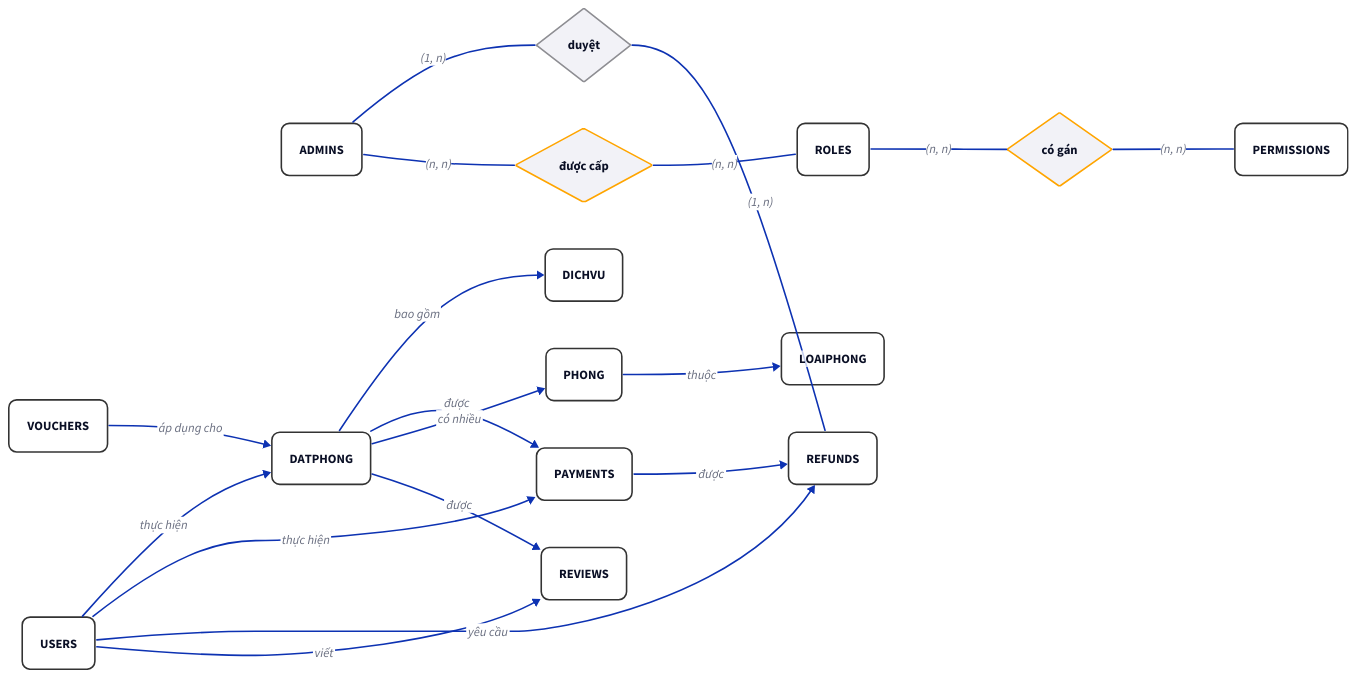
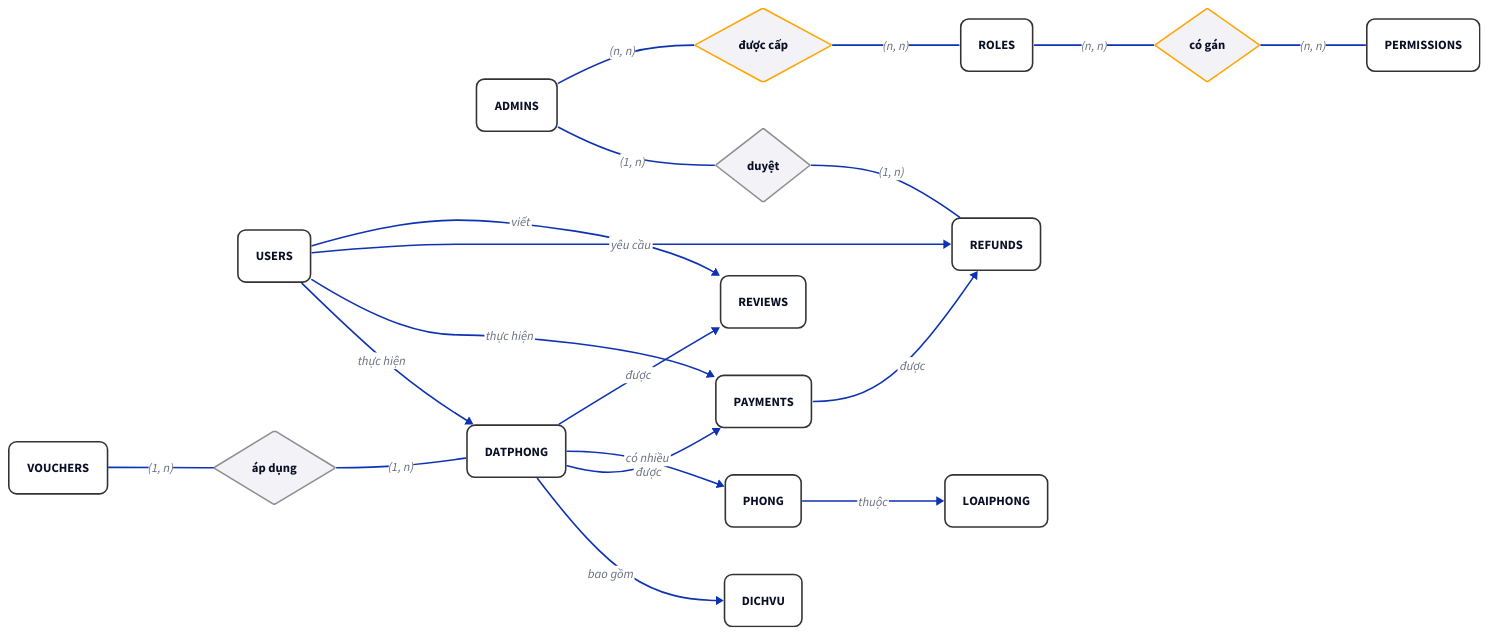
One commit to sam-uit/ie103-project-report changed the diagram in baocao/content/diagrams/ch02-concept-erd.d2. Above: the diagram before and after it, drawn with D2.

```diff
--- a/baocao/content/diagrams/ch02-concept-erd.d2
+++ b/baocao/content/diagrams/ch02-concept-erd.d2
@@ -1,70 +1,74 @@
 direction: right
 
 # --- 0. STYLES ---
 style: {
   opacity: 0.0
   fill: transparent
 }
 
 # --- 1. SETTINGS ---
 classes: {
   entity: {
     shape: rectangle
     style: {border-radius: 10; fill: "#FFFFFF"; stroke: "#333333"}
   }
   rel: {
     shape: diamond
     style: {fill: "#F2F2F7"; stroke: "#8E8E93"}
   }
   attr: {
     shape: oval
     # width: 100; height: 50
     style: {fill: "#F0F8FF"; stroke: "#4682B4"; stroke-dash: 3}
   }
 }
 
 # --- 2. ENTITIES ---
 ADMINS: {class: entity; label: "ADMINS"}
 DATPHONG: {class: entity; label: "DATPHONG"}
 DICHVU: {class: entity; label: "DICHVU"}
 LOAIPHONG: {class: entity; label: "LOAIPHONG"}
 PAYMENTS: {class: entity; label: "PAYMENTS"}
 PERMISSIONS: {class: entity; label: "PERMISSIONS"}
 PHONG: {class: entity; label: "PHONG"}
 REFUNDS: {class: entity; label: "REFUNDS"}
 REVIEWS: {class: entity; label: "REVIEWS"}
 ROLES: {class: entity; label: "ROLES"}
 USERS: {class: entity; label: "USERS"}
 VOUCHERS: {class: entity; label: "VOUCHERS"}
 
 # --- 3. RELATIONSHIPS ---
 # ngôn ngữ "tự nhiên"
 
 # ADMINS -> REFUNDS: duyệt
 admin_approve_refund: {class: rel; label: "duyệt"}
 ADMINS -- admin_approve_refund: (1, n)
 admin_approve_refund -- REFUNDS: (1, n)
 
 # ADMINS -> ROLES: được cấp
 # n - n: viền cam
 admin_role: {class: rel; label: "được cấp"; style: {stroke: orange}}
 ADMINS -- admin_role: (n, n)
 admin_role -- ROLES: (n, n)
 
 DATPHONG -> DICHVU: bao gồm
 DATPHONG -> PAYMENTS: được
 DATPHONG -> PHONG: có nhiều
 DATPHONG -> REVIEWS: được
 LOAIPHONG <- PHONG: thuộc
 PAYMENTS -> REFUNDS: được
 
 # ROLES -> PERMISSIONS: có các
 role_permission: {class: rel; label: "có gán"; style: {stroke: orange}}
 ROLES -- role_permission: (n, n)
 role_permission -- PERMISSIONS: (n, n)
 
 USERS -> DATPHONG: thực hiện
 USERS -> PAYMENTS: thực hiện
 USERS -> REFUNDS: yêu cầu
 USERS -> REVIEWS: viết
-VOUCHERS -> DATPHONG: áp dụng cho
+
+# VOUCHERS -> DATPHONG: áp dụng cho
+voucher_datphong: {class: rel; label: "áp dụng"}
+VOUCHERS -- voucher_datphong: (1, n)
+voucher_datphong -- DATPHONG: (1, n)
```
